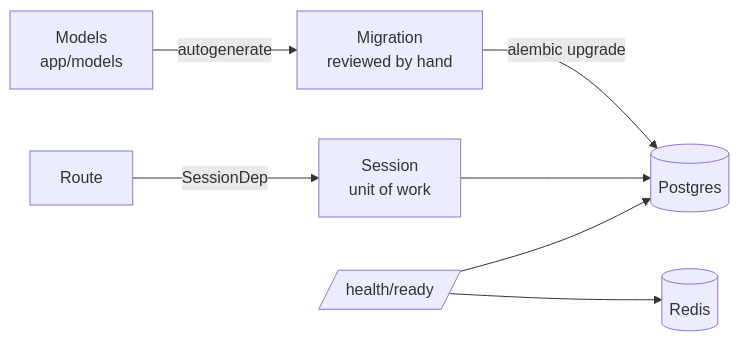
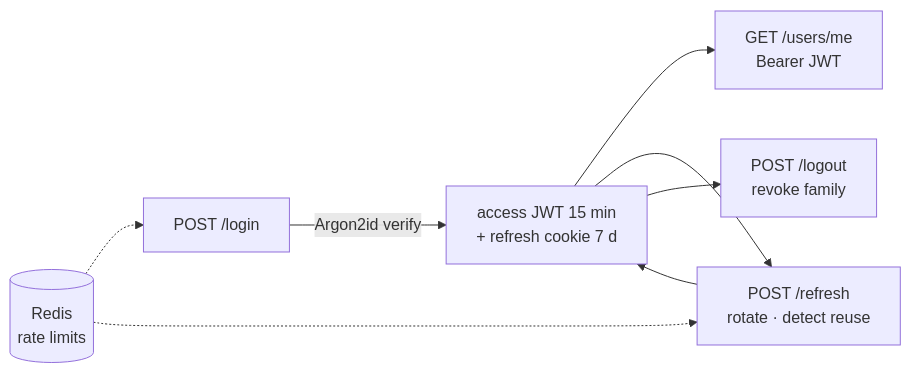
The first of 3 diagrams in docs/learning-log/day-02.md (mr-laboratory/nebula), drawn with Mermaid before and after one commit. The commit also changed other lines of this file and 10 other files, not shown here.

````diff
--- a/docs/learning-log/day-02.md
+++ b/docs/learning-log/day-02.md
@@ -7,6 +7,8 @@
 ```mermaid
 flowchart LR
-    M[Models<br/>app/models] -->|autogenerate| MG[Migration<br/>reviewed by hand] -->|alembic upgrade| DB[(Postgres)]
-    R[Route] -->|SessionDep| S[Session<br/>unit of work] --> DB
-    RD[/health/ready/] --> DB & RE[(Redis)]
+    L[POST /login] -->|Argon2id verify| T["access JWT 15 min<br/>+ refresh cookie 7 d"]
+    T --> ME["GET /users/me<br/>Bearer JWT"]
+    T --> RF["POST /refresh<br/>rotate · detect reuse"] --> T
+    T --> LO["POST /logout<br/>revoke family"]
+    RL[(Redis<br/>rate limits)] -.-> L & RF
 ```
````
